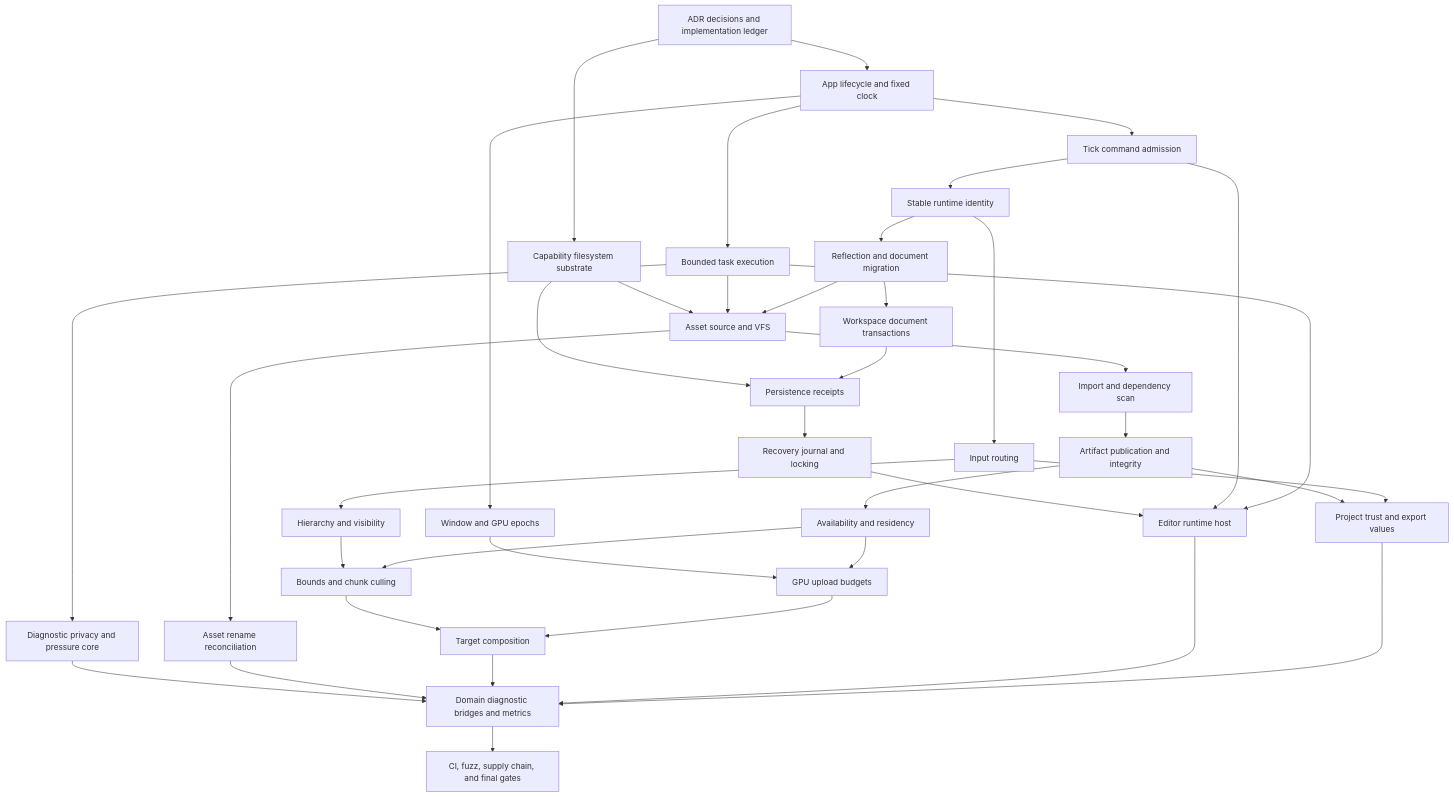
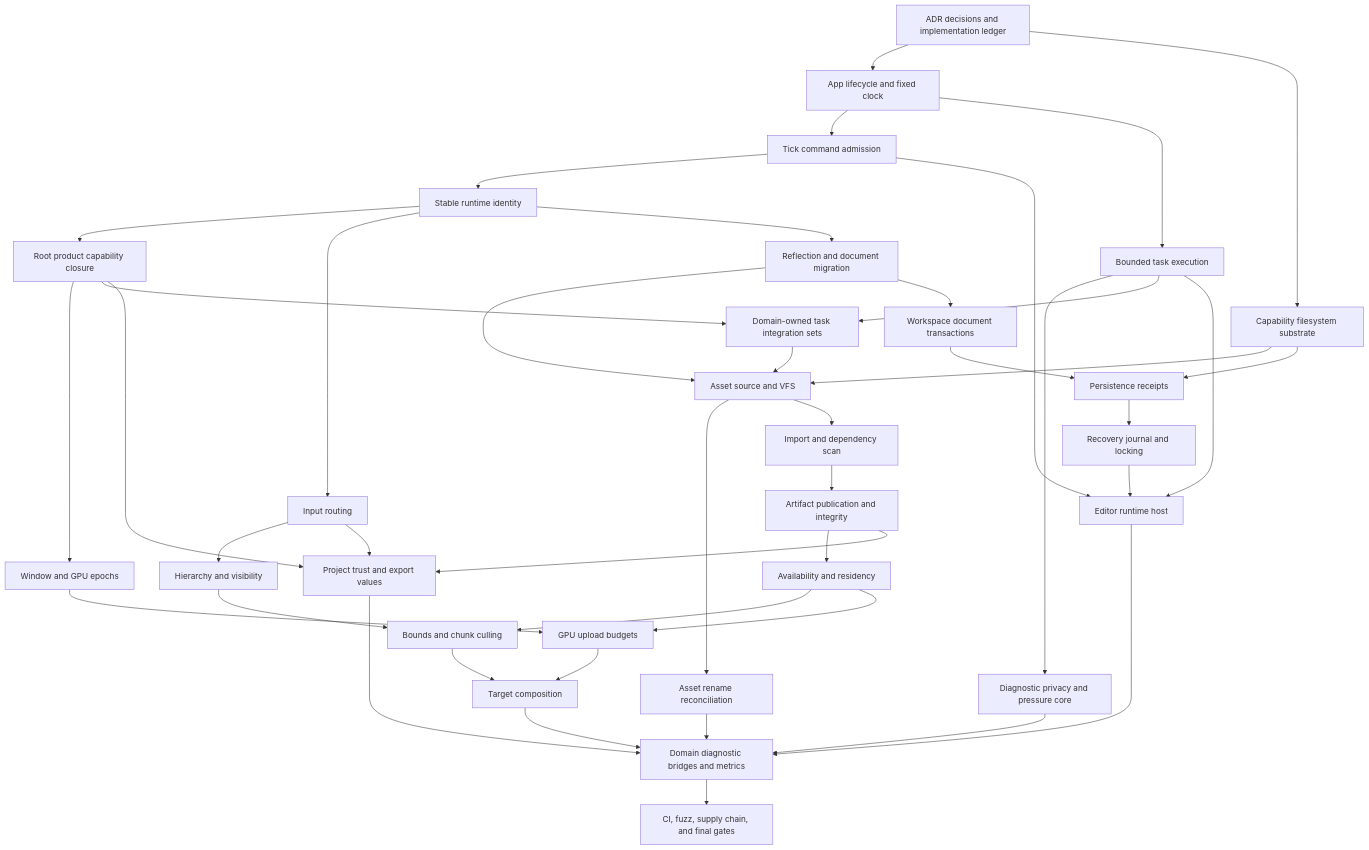
One commit to Latias94/nara changed the first of 7 diagrams in docs/plans/2026-07-10-001-refactor-engine-foundation-contracts-plan.md. Above: the diagram before and after it, drawn with Mermaid. The commit also changed other lines of this file and 25 other files, not shown here.

First line of the commit message:
docs(architecture): define product capability and task ownership

````diff
--- a/docs/plans/2026-07-10-001-refactor-engine-foundation-contracts-plan.md
+++ b/docs/plans/2026-07-10-001-refactor-engine-foundation-contracts-plan.md
@@ -194,41 +199,45 @@
 ```mermaid
 flowchart TB
   ADR[ADR decisions and implementation ledger] --> APP[App lifecycle and fixed clock]
   APP --> CMD[Tick command admission]
   APP --> TASK[Bounded task execution]
   TASK --> OBSCORE[Diagnostic privacy and pressure core]
-  APP --> GPU[Window and GPU epochs]
   CMD --> ID[Stable runtime identity]
+  ID --> CAP[Root product capability closure]
+  CAP --> GPU[Window and GPU epochs]
+  TASK --> TASKSETS[Domain-owned task integration sets]
+  CAP --> TASKSETS
   ID --> INPUT[Input routing]
   INPUT --> HIER[Hierarchy and visibility]
   ID --> DOC[Reflection and document migration]
   ADR --> FS[Capability filesystem substrate]
   FS --> VFS[Asset source and VFS]
-  TASK --> VFS
+  TASKSETS --> VFS
   DOC --> VFS
   VFS --> RENAME[Asset rename reconciliation]
   VFS --> IMPORT[Import and dependency scan]
   IMPORT --> ARTIFACT[Artifact publication and integrity]
   ARTIFACT --> READY[Availability and residency]
   HIER --> CULL[Bounds and chunk culling]
   READY --> CULL
   GPU --> UPLOAD[GPU upload budgets]
   READY --> UPLOAD
   CULL --> RENDER[Target composition]
   UPLOAD --> RENDER
   DOC --> EDITOR[Workspace document transactions]
   FS --> SAVE[Persistence receipts]
   EDITOR --> SAVE
   SAVE --> RECOVERY[Recovery journal and locking]
   RECOVERY --> PLAY[Editor runtime host]
   CMD --> PLAY
   TASK --> PLAY
   ARTIFACT --> PROJECT[Project trust and export values]
   INPUT --> PROJECT
+  CAP --> PROJECT
   OBSCORE --> BRIDGES[Domain diagnostic bridges and metrics]
   RENAME --> BRIDGES
   RENDER --> BRIDGES
   PLAY --> BRIDGES
   PROJECT --> BRIDGES
   BRIDGES --> CI[CI, fuzz, supply chain, and final gates]
 ```
````
